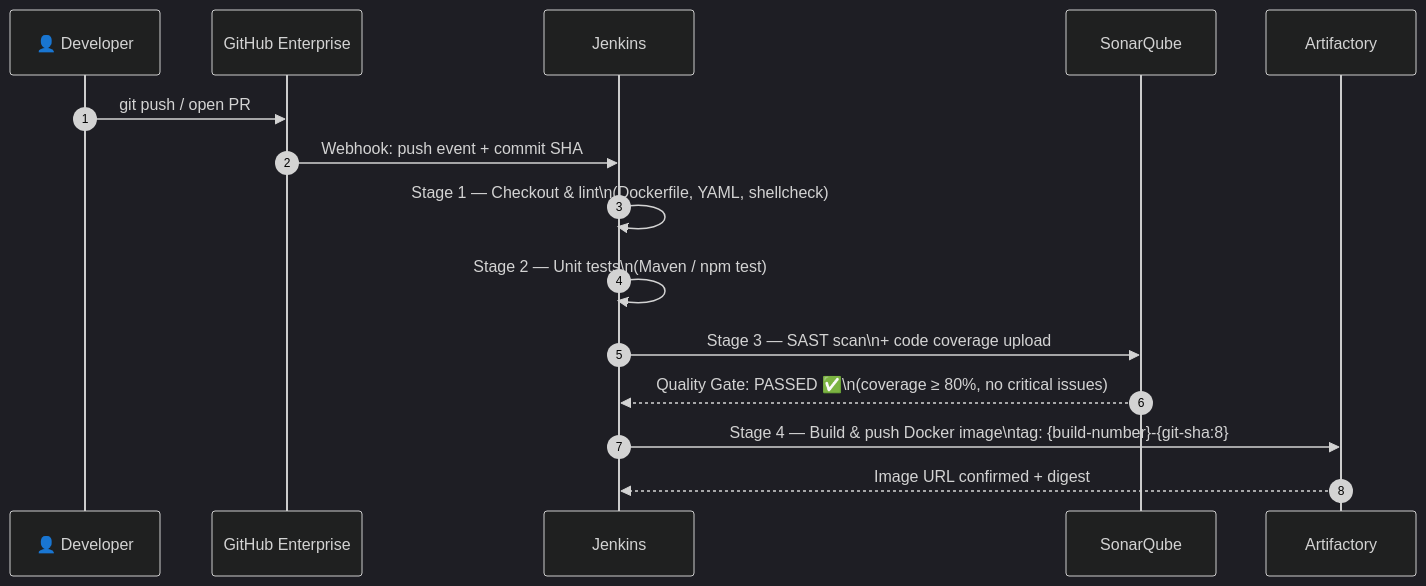
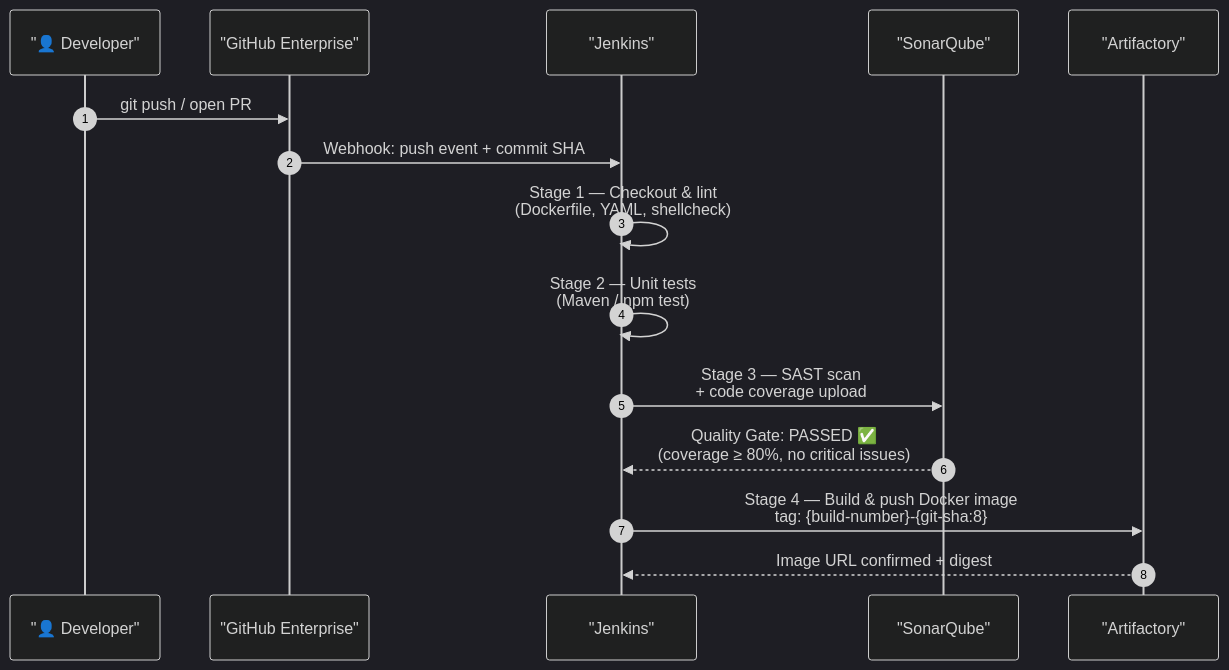
The eighth of 16 diagrams in mkdocs-devops-platform/docs/architecture-diagrams.md (AravindKumarjoshi/devops-platform), drawn with Mermaid (dark theme) before and after one commit. The commit also changed other lines of this file and 1 other file, not shown here.

Commit message:
fix: mermaid syntax errors (replace \n with <br> and quote aliases)

````diff
--- a/mkdocs-devops-platform/docs/architecture-diagrams.md
+++ b/mkdocs-devops-platform/docs/architecture-diagrams.md
@@ -264,18 +264,18 @@
     ```mermaid
     sequenceDiagram
         autonumber
-        participant Dev as 👤 Developer
-        participant GH as GitHub Enterprise
-        participant JK as Jenkins
-        participant SQ as SonarQube
-        participant ART as Artifactory
+        participant Dev as "👤 Developer"
+        participant GH as "GitHub Enterprise"
+        participant JK as "Jenkins"
+        participant SQ as "SonarQube"
+        participant ART as "Artifactory"
 
         Dev->>GH: git push / open PR
         GH->>JK: Webhook: push event + commit SHA
-        JK->>JK: Stage 1 — Checkout & lint\n(Dockerfile, YAML, shellcheck)
-        JK->>JK: Stage 2 — Unit tests\n(Maven / npm test)
-        JK->>SQ: Stage 3 — SAST scan\n+ code coverage upload
-        SQ-->>JK: Quality Gate: PASSED ✅\n(coverage ≥ 80%, no critical issues)
-        JK->>ART: Stage 4 — Build & push Docker image\ntag: {build-number}-{git-sha:8}
+        JK->>JK: Stage 1 — Checkout & lint<br>(Dockerfile, YAML, shellcheck)
+        JK->>JK: Stage 2 — Unit tests<br>(Maven / npm test)
+        JK->>SQ: Stage 3 — SAST scan<br>+ code coverage upload
+        SQ-->>JK: Quality Gate: PASSED ✅<br>(coverage ≥ 80%, no critical issues)
+        JK->>ART: Stage 4 — Build & push Docker image<br>tag: {build-number}-{git-sha:8}
         ART-->>JK: Image URL confirmed + digest
     ```
````
